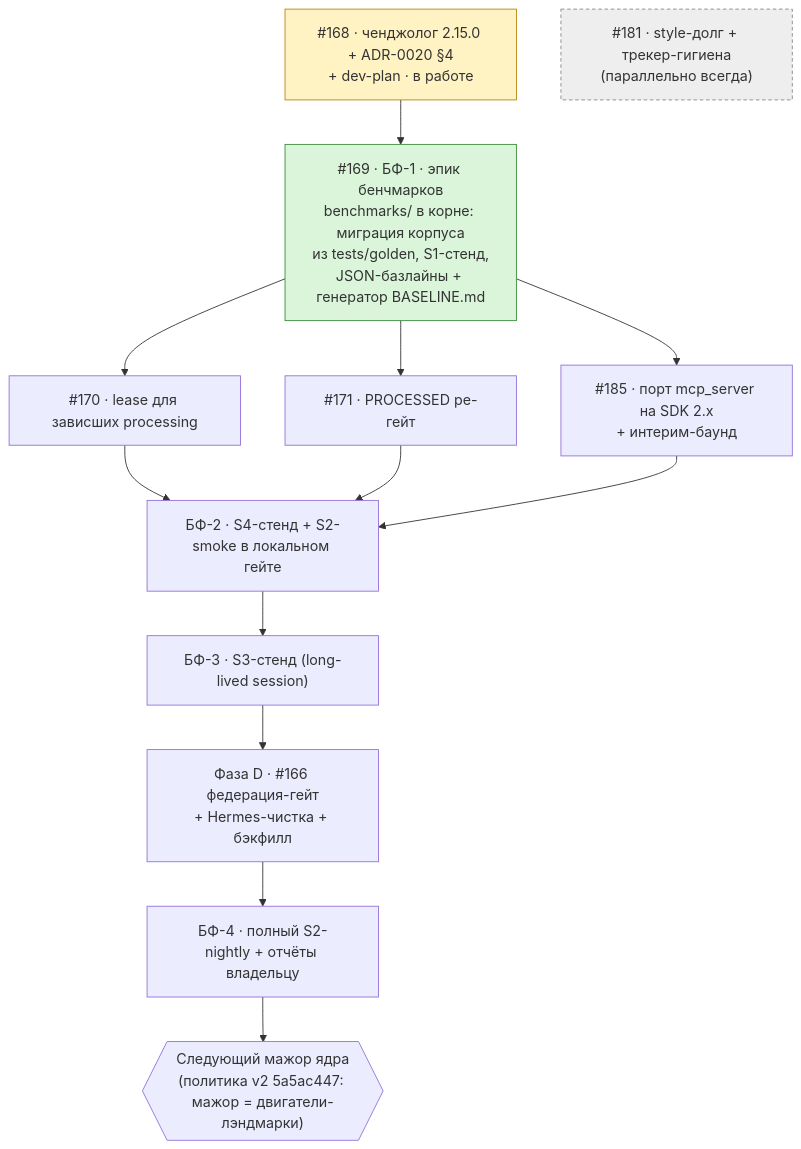
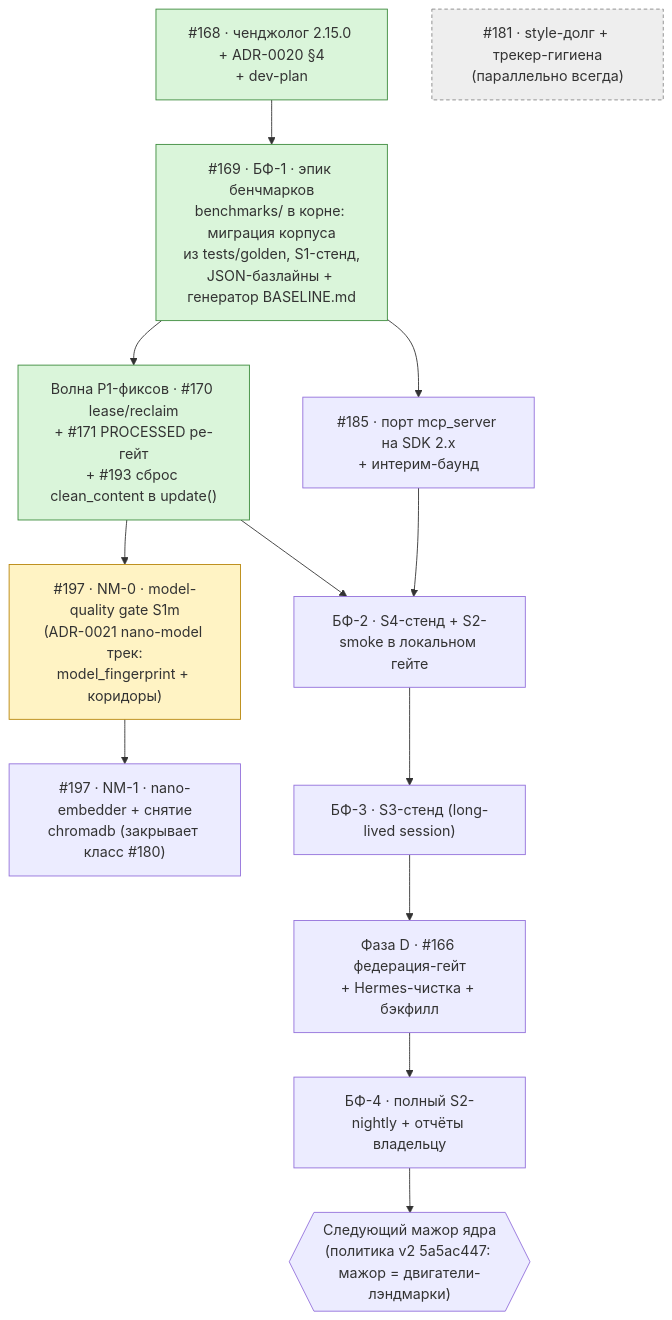
The diagram in docs/project/dev-plan.md (vesmaro/vesmaro), drawn with Mermaid before and after one commit. The commit also changed other lines of this file and 9 other files, not shown here.

First line of the commit message:
fix(pipeline): P1 batch — #170 lease-reclaim for stuck processing, #171 danger gate on admissible content edits, #193 same-transaction clean_content reset (#200)

````diff
--- a/docs/project/dev-plan.md
+++ b/docs/project/dev-plan.md
@@ -68,31 +70,34 @@
 ```mermaid
 flowchart TD
-    PR168["#168 · ченджолог 2.15.0 + ADR-0020 §4<br/>+ dev-plan · в работе"]
+    PR168["#168 · ченджолог 2.15.0 + ADR-0020 §4<br/>+ dev-plan"]
     BF1["#169 · БФ-1 · эпик бенчмарков<br/>benchmarks/ в корне: миграция корпуса<br/>из tests/golden, S1-стенд,<br/>JSON-базлайны + генератор BASELINE.md"]
-    L170["#170 · lease для зависших processing"]
-    L171["#171 · PROCESSED ре-гейт"]
+    P1W["Волна P1-фиксов · #170 lease/reclaim<br/>+ #171 PROCESSED ре-гейт<br/>+ #193 сброс clean_content в update()"]
     L185["#185 · порт mcp_server на SDK 2.x<br/>+ интерим-баунд"]
+    NM0["#197 · NM-0 · model-quality gate S1m<br/>(ADR-0021 nano-model трек:<br/>model_fingerprint + коридоры)"]
+    NM1["#197 · NM-1 · nano-embedder + снятие<br/>chromadb (закрывает класс #180)"]
     BF2["БФ-2 · S4-стенд + S2-smoke в локальном гейте"]
     BF3["БФ-3 · S3-стенд (long-lived session)"]
     PHD["Фаза D · #166 федерация-гейт<br/>+ Hermes-чистка + бэкфилл"]
     BF4["БФ-4 · полный S2-nightly + отчёты владельцу"]
     REL{{"Следующий мажор ядра<br/>(политика v2 5a5ac447: мажор = двигатели-лэндмарки)"}}
     SIDE["#181 · style-долг + трекер-гигиена<br/>(параллельно всегда)"]
     PR168 --> BF1
-    BF1 --> L170
-    BF1 --> L171
+    BF1 --> P1W
     BF1 --> L185
-    L170 --> BF2
-    L171 --> BF2
+    P1W --> NM0
+    P1W --> BF2
     L185 --> BF2
+    NM0 --> NM1
     BF2 --> BF3
     BF3 --> PHD
     PHD --> BF4
     BF4 --> REL
     classDef done fill:#daf5da,stroke:#3d8b3d
     classDef wip fill:#fff3c4,stroke:#b8860b
     classDef side fill:#eeeeee,stroke:#888888,stroke-dasharray: 4 3
-    class PR168 wip
+    class PR168 done
     class BF1 done
+    class P1W done
+    class NM0 wip
     class SIDE side
 ```
````
